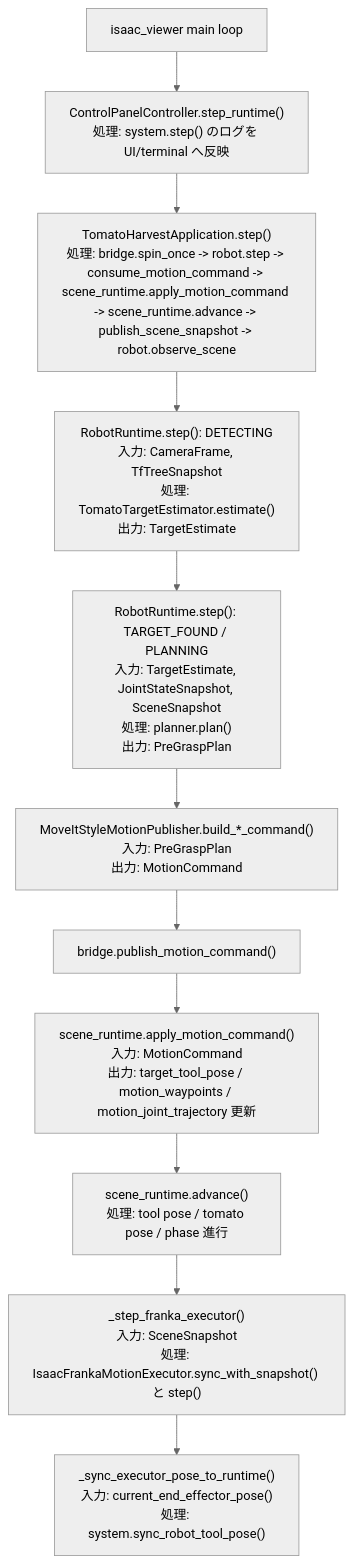
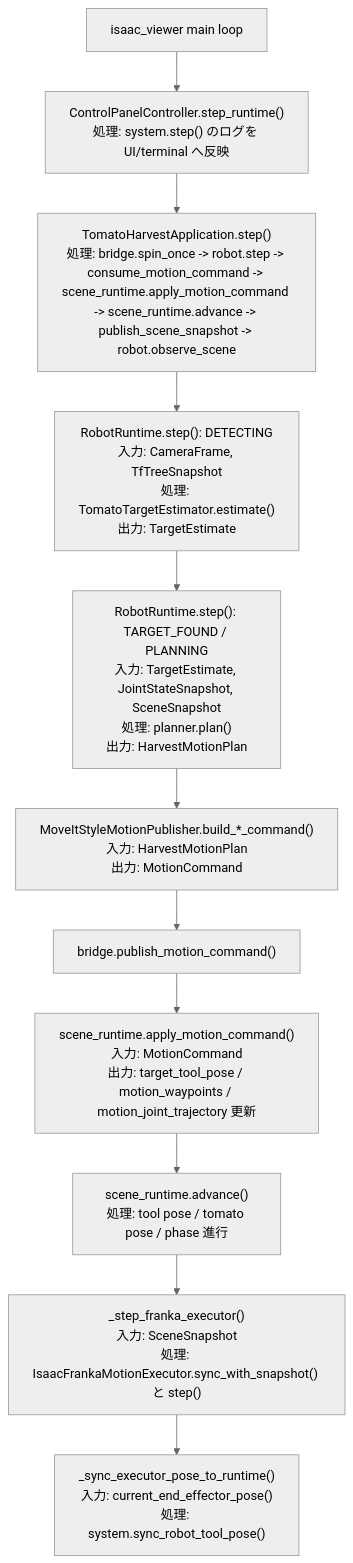
One commit to akodama428/trial_issac_sim changed the fifth of 6 diagrams in .codex/docs/IMPLEMENTATION_SPEC.md. Above: the diagram before and after it, drawn with Mermaid (neutral theme). The commit also changed other lines of this file and 56 other files, not shown here.

````diff
--- a/.codex/docs/IMPLEMENTATION_SPEC.md
+++ b/.codex/docs/IMPLEMENTATION_SPEC.md
@@ -372,14 +372,14 @@
 ```mermaid
 flowchart TD
   A["isaac_viewer main loop"] --> B["ControlPanelController.step_runtime()<br/>処理: system.step() のログを UI/terminal へ反映"]
   B --> C["TomatoHarvestApplication.step()<br/>処理: bridge.spin_once -> robot.step -> consume_motion_command -> scene_runtime.apply_motion_command -> scene_runtime.advance -> publish_scene_snapshot -> robot.observe_scene"]
 
   C --> D["RobotRuntime.step(): DETECTING<br/>入力: CameraFrame, TfTreeSnapshot<br/>処理: TomatoTargetEstimator.estimate()<br/>出力: TargetEstimate"]
-  D --> E["RobotRuntime.step(): TARGET_FOUND / PLANNING<br/>入力: TargetEstimate, JointStateSnapshot, SceneSnapshot<br/>処理: planner.plan()<br/>出力: PreGraspPlan"]
-  E --> F["MoveItStyleMotionPublisher.build_*_command()<br/>入力: PreGraspPlan<br/>出力: MotionCommand"]
+  D --> E["RobotRuntime.step(): TARGET_FOUND / PLANNING<br/>入力: TargetEstimate, JointStateSnapshot, SceneSnapshot<br/>処理: planner.plan()<br/>出力: HarvestMotionPlan"]
+  E --> F["MoveItStyleMotionPublisher.build_*_command()<br/>入力: HarvestMotionPlan<br/>出力: MotionCommand"]
   F --> G["bridge.publish_motion_command()"]
   G --> H["scene_runtime.apply_motion_command()<br/>入力: MotionCommand<br/>出力: target_tool_pose / motion_waypoints / motion_joint_trajectory 更新"]
   H --> I["scene_runtime.advance()<br/>処理: tool pose / tomato pose / phase 進行"]
   I --> J["_step_franka_executor()<br/>入力: SceneSnapshot<br/>処理: IsaacFrankaMotionExecutor.sync_with_snapshot() と step()"]
   J --> K["_sync_executor_pose_to_runtime()<br/>入力: current_end_effector_pose()<br/>処理: system.sync_robot_tool_pose()"]
 ```
````
